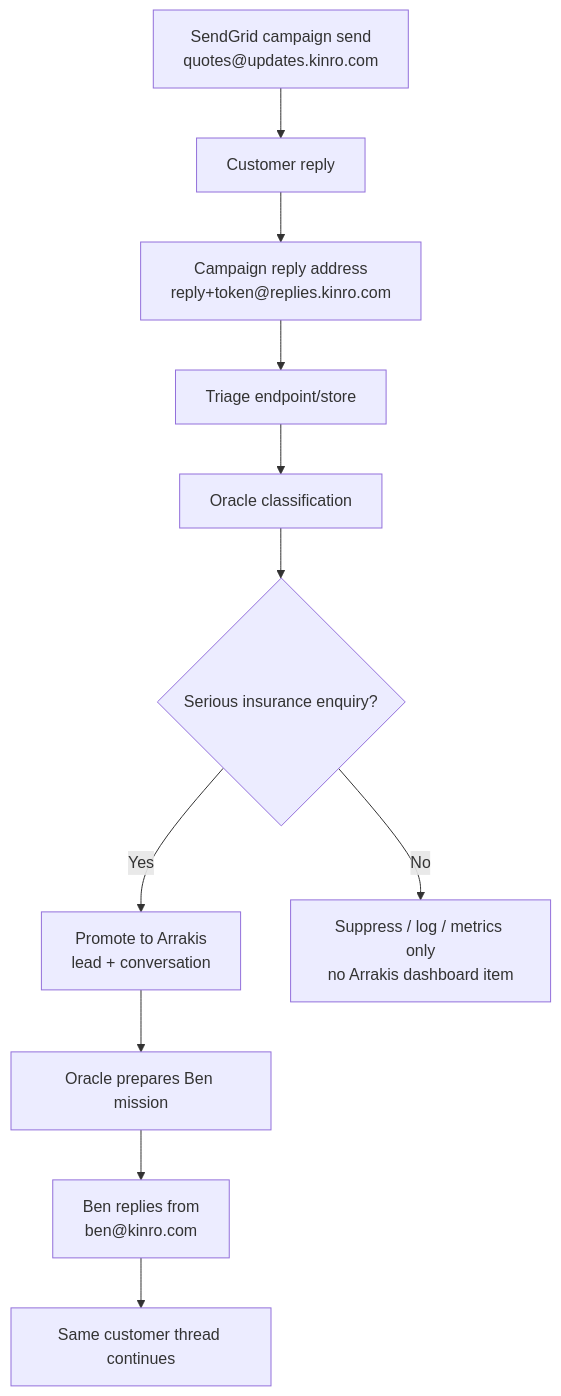
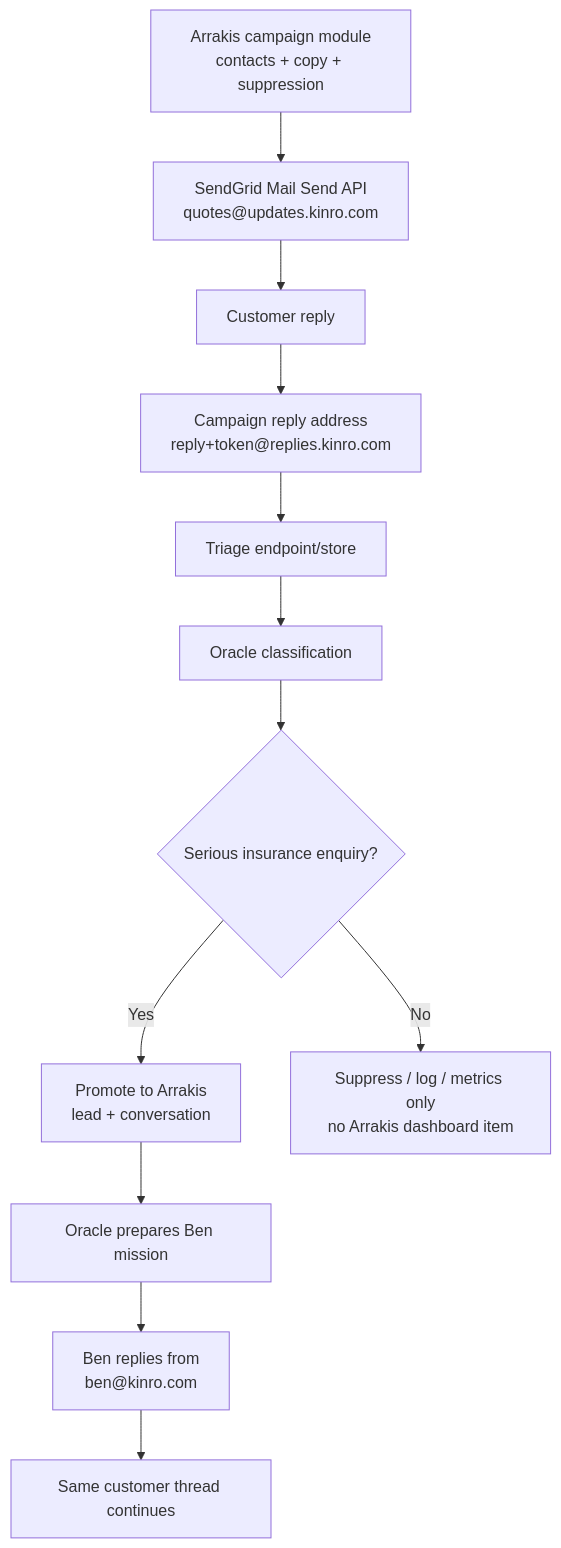
One commit to hemanthsai126/credit-card-approval changed the diagram in plan.md. Above: the diagram before and after it, drawn with Mermaid. The commit also changed other lines of this file, not shown here.

````diff
--- a/plan.md
+++ b/plan.md
@@ -36,13 +38,14 @@
 ```mermaid
 flowchart TD
-  A["SendGrid campaign send<br/>quotes@updates.kinro.com"] --> B["Customer reply"]
+  Z["Arrakis campaign module<br/>contacts + copy + suppression"] --> A["SendGrid Mail Send API<br/>quotes@updates.kinro.com"]
+  A --> B["Customer reply"]
   B --> C["Campaign reply address<br/>reply+token@replies.kinro.com"]
   C --> D["Triage endpoint/store"]
   D --> E["Oracle classification"]
   E --> F{"Serious insurance enquiry?"}
   F -- "Yes" --> G["Promote to Arrakis<br/>lead + conversation"]
   G --> H["Oracle prepares Ben mission"]
   H --> I["Ben replies from<br/>ben@kinro.com"]
   I --> J["Same customer thread continues"]
   F -- "No" --> K["Suppress / log / metrics only<br/>no Arrakis dashboard item"]
 ```
````
